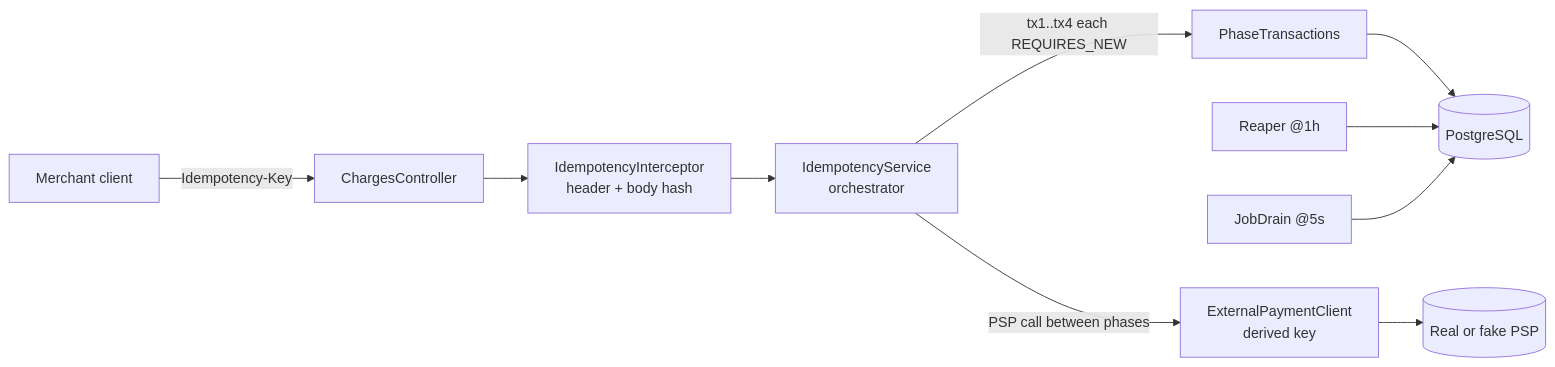
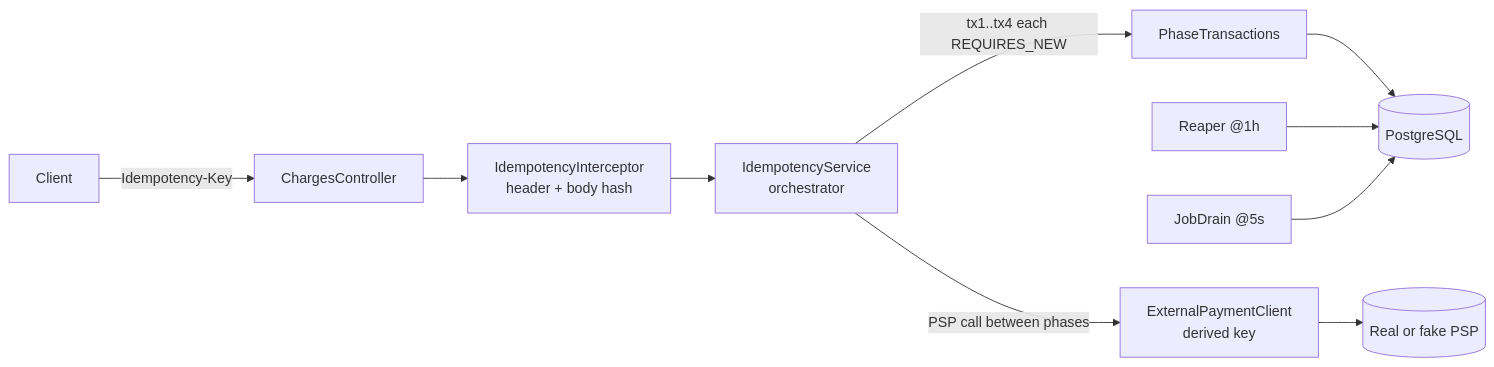
One commit to sumansinghs71/idempotency-engine changed the second of 2 diagrams in README.md. Above: the diagram before and after it, drawn with Mermaid. The commit also changed other lines of this file and 177 other files, not shown here.

````diff
--- a/README.md
+++ b/README.md
@@ -46,12 +127,12 @@
 ```mermaid
 flowchart LR
-    C[Merchant client] -->|Idempotency-Key| API[ChargesController]
+    C[Client] -->|Idempotency-Key| API[ChargesController]
     API --> I[IdempotencyInterceptor<br/>header + body hash]
     I --> S[IdempotencyService<br/>orchestrator]
     S -->|tx1..tx4 each REQUIRES_NEW| P[PhaseTransactions]
     S -->|PSP call between phases| X[ExternalPaymentClient<br/>derived key]
     P --> DB[(PostgreSQL)]
     X --> PSP[(Real or fake PSP)]
     R[Reaper @1h] --> DB
     J[JobDrain @5s] --> DB
 ```
````
